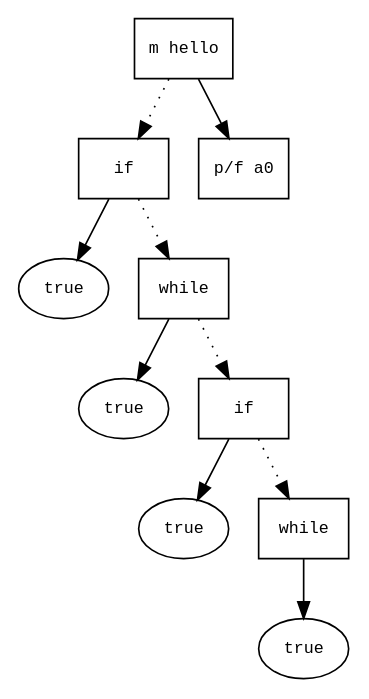
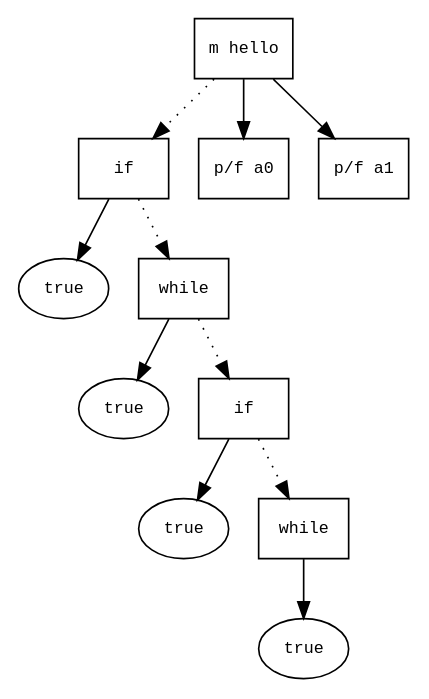
Before and after one commit to Hyunjin95/Compilers: the diagram in 2.Parsing/mytest.mod.ast.dot, drawn with Graphviz. The commit also changed 2 other files, not shown here.

```diff
--- a/2.Parsing/mytest.mod.ast.dot
+++ b/2.Parsing/mytest.mod.ast.dot
@@ -1,25 +1,27 @@
 digraph AST {
   graph [fontname="Times New Roman",fontsize=10];
   node  [fontname="Courier New",fontsize=10];
   edge  [fontname="Times New Roman",fontsize=10];
 
   node0 [label="m hello",shape=box];
-  node3 [label="if",shape=box];
-  node2 [label="true",shape=ellipse];
-  node3->node2;
-  node0 -> node3 [style=dotted];
-  node5 [label="while",shape=box];
-  node4 [label="true",shape=ellipse];
-  node5->node4;
-  node3 -> node5 [style=dotted];
-  node7 [label="if",shape=box];
-  node6 [label="true",shape=ellipse];
-  node7->node6;
-  node5 -> node7 [style=dotted];
-  node9 [label="while",shape=box];
-  node8 [label="true",shape=ellipse];
-  node9->node8;
-  node7 -> node9 [style=dotted];
+  node4 [label="if",shape=box];
+  node3 [label="true",shape=ellipse];
+  node4->node3;
+  node0 -> node4 [style=dotted];
+  node6 [label="while",shape=box];
+  node5 [label="true",shape=ellipse];
+  node6->node5;
+  node4 -> node6 [style=dotted];
+  node8 [label="if",shape=box];
+  node7 [label="true",shape=ellipse];
+  node8->node7;
+  node6 -> node8 [style=dotted];
+  node10 [label="while",shape=box];
+  node9 [label="true",shape=ellipse];
+  node10->node9;
+  node8 -> node10 [style=dotted];
   node1 [label="p/f a0",shape=box];
   node0 -> node1;
+  node2 [label="p/f a1",shape=box];
+  node0 -> node2;
 }
```
